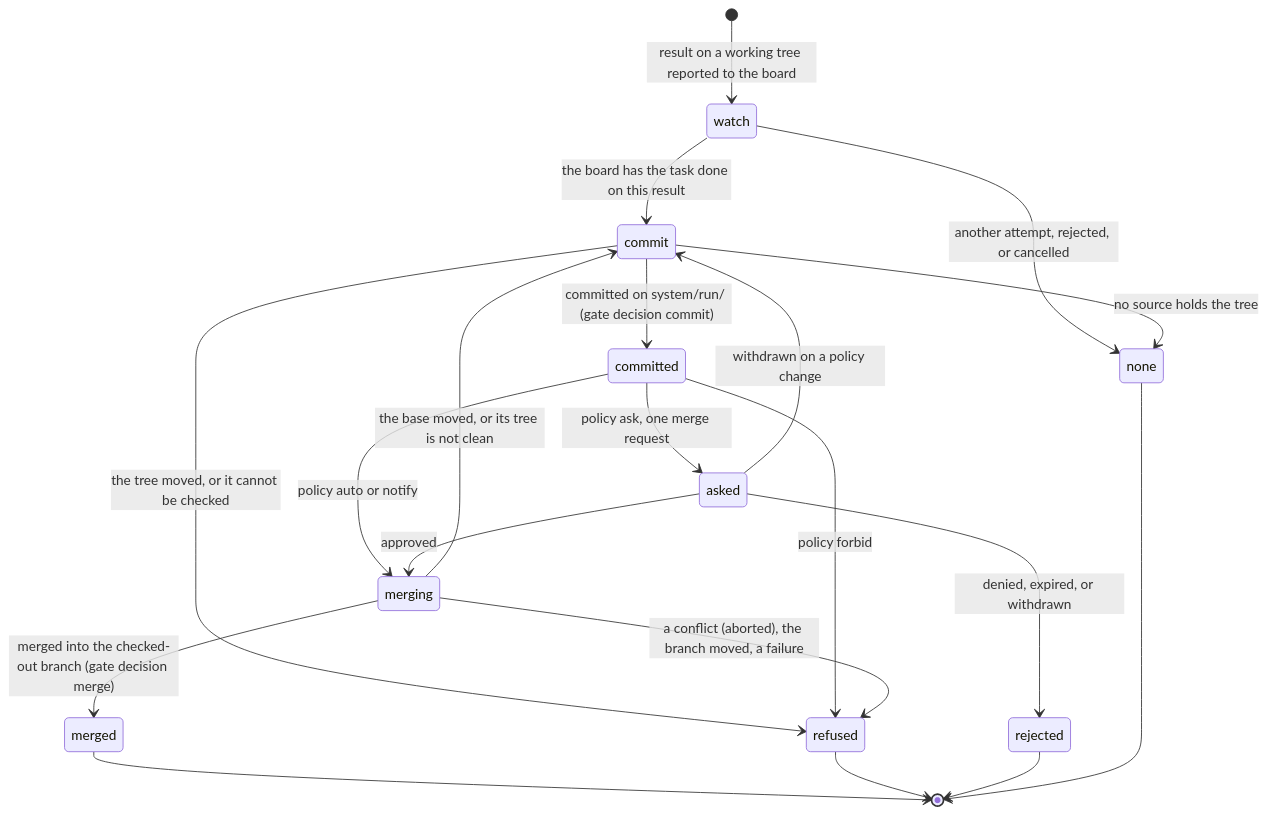
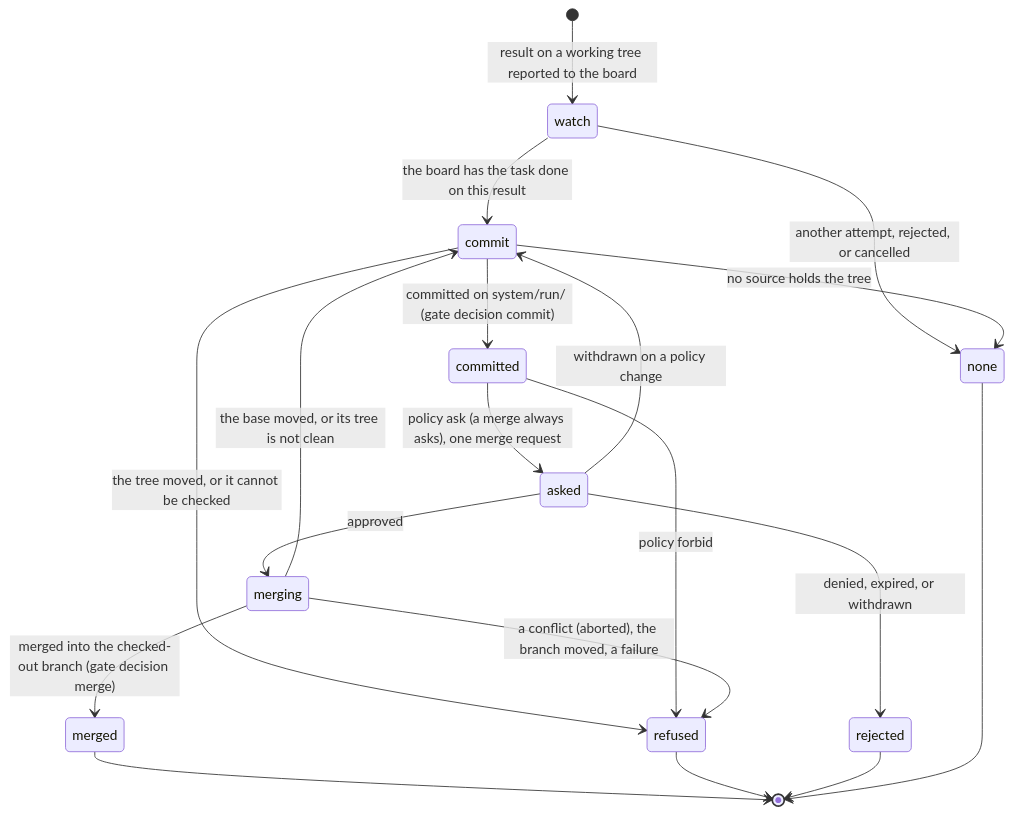
Before and after one commit to tsuuanmi/system: the eighth of 8 diagrams in docs/design/workflow-engine.md, drawn with Mermaid. The commit also changed other lines of this file and 15 other files, not shown here.

First line of the commit message:
approvals: the System Worker's change for T110a: a merge always asks (D56)

````diff
--- a/docs/design/workflow-engine.md
+++ b/docs/design/workflow-engine.md
@@ -888,22 +889,21 @@
 ```mermaid
 stateDiagram-v2
   [*] --> watch: result on a working tree reported to the board
   watch --> commit: the board has the task done on this result
   watch --> none: another attempt, rejected, or cancelled
   commit --> committed: committed on system/run/<runId> (gate decision commit)
   commit --> none: no source holds the tree
   commit --> refused: the tree moved, or it cannot be checked
-  committed --> asked: policy ask, one merge request
-  committed --> merging: policy auto or notify
+  committed --> asked: policy ask (a merge always asks), one merge request
   committed --> refused: policy forbid
   asked --> merging: approved
   asked --> rejected: denied, expired, or withdrawn
   asked --> commit: withdrawn on a policy change
   merging --> merged: merged into the checked-out branch (gate decision merge)
   merging --> commit: the base moved, or its tree is not clean
   merging --> refused: a conflict (aborted), the branch moved, a failure
   merged --> [*]
   refused --> [*]
   rejected --> [*]
   none --> [*]
 ```
````
